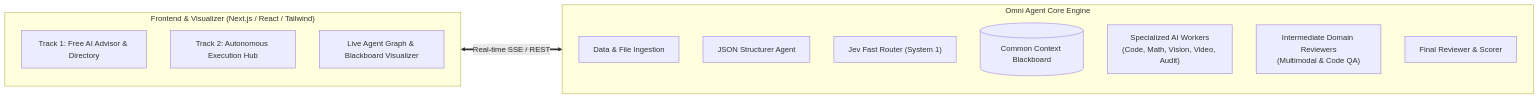
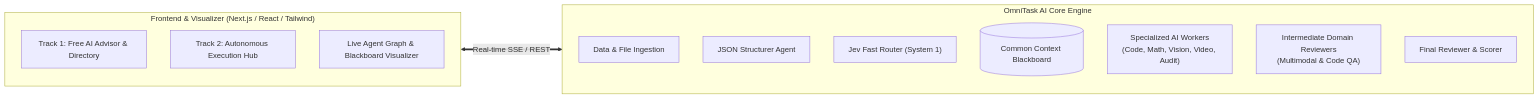
Before and after one commit to yatharthsachdeva23/Omni-Agent: the diagram in IMPLEMENTATION_PLAN.md, drawn with Mermaid. The commit also changed other lines of this file and 9 other files, not shown here.

Commit message:
refactor: complete global rename from Omni Agent to OmniTask AI across all markdown, tests, links, and builds

````diff
--- a/IMPLEMENTATION_PLAN.md
+++ b/IMPLEMENTATION_PLAN.md
@@ -10,20 +10,20 @@
 ```mermaid
 flowchart LR
     subgraph Frontend["Frontend & Visualizer (Next.js / React / Tailwind)"]
         UI1["Track 1: Free AI Advisor & Directory"]
         UI2["Track 2: Autonomous Execution Hub"]
         UI3["Live Agent Graph & Blackboard Visualizer"]
     end
 
-    subgraph CoreEngine["Omni Agent Core Engine"]
+    subgraph CoreEngine["OmniTask AI Core Engine"]
         Ingest["Data & File Ingestion"]
         Struct["JSON Structurer Agent"]
         Jev["Jev Fast Router (System 1)"]
         Blackboard[("Common Context Blackboard")]
         Workers["Specialized AI Workers\n(Code, Math, Vision, Video, Audit)"]
         Reviewers["Intermediate Domain Reviewers\n(Multimodal & Code QA)"]
         Evaluator["Final Reviewer & Scorer"]
     end
 
     Frontend <==>|Real-time SSE / REST| CoreEngine
 ```
````
